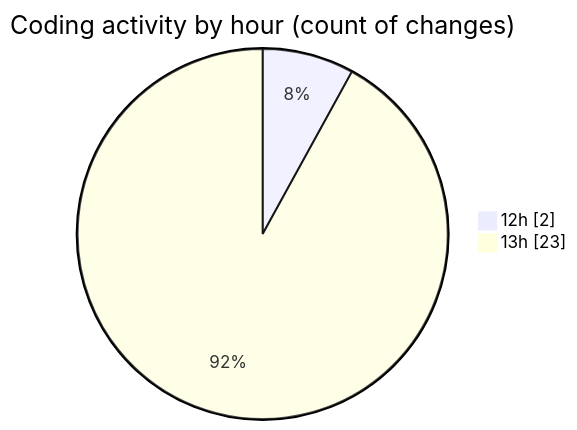
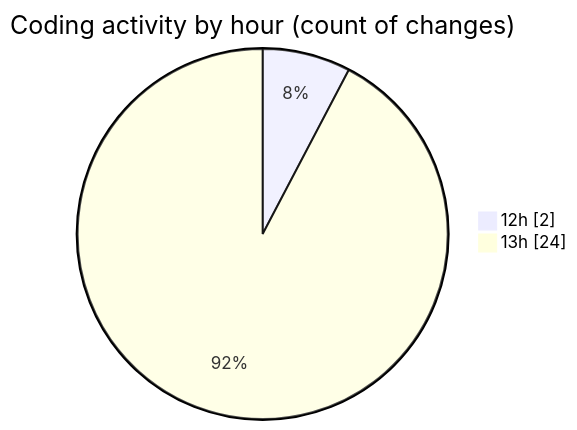
One commit to idhammustaqopulfikri/code-tracking changed the second of 2 diagrams in 2025-06-20/studio-backend/README.md. Above: the diagram before and after it, drawn with Mermaid. The commit also changed other lines of this file and 1 other file, not shown here.

````diff
--- a/2025-06-20/studio-backend/README.md
+++ b/2025-06-20/studio-backend/README.md
@@ -31,6 +31,6 @@
 ```mermaid
 pie showData
 title Coding activity by hour (count of changes)
 "12h" : 2
-"13h" : 23
+"13h" : 24
 ```
````
